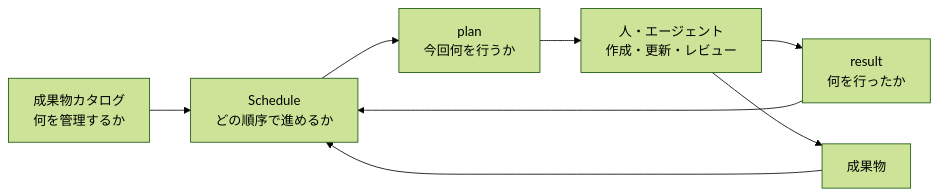
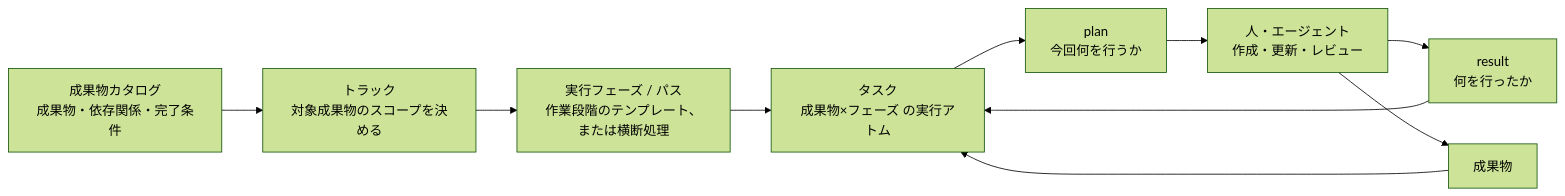
The third of 3 diagrams in docs/ja/specdojo/guides/specdojo-overview-guide.md (specdojo/specdojo), drawn with Mermaid (forest theme) before and after one commit. The commit also changed other lines of this file and 11 other files, not shown here.

````diff
--- a/docs/ja/specdojo/guides/specdojo-overview-guide.md
+++ b/docs/ja/specdojo/guides/specdojo-overview-guide.md
@@ -190,15 +185,17 @@
 ```mermaid
 flowchart LR
-  DCT["成果物カタログ<br/>何を管理するか"]
-  SCH["Schedule<br/>どの順序で進めるか"]
+  DCT["成果物カタログ<br/>成果物・依存関係・完了条件"]
+  TRACK["トラック<br/>対象成果物のスコープを決める"]
+  PHASE["実行フェーズ / パス<br/>作業段階のテンプレート、または横断処理"]
+  TASK["タスク<br/>成果物×フェーズ の実行アトム"]
   PLAN["plan<br/>今回何を行うか"]
   WORK["人・エージェント<br/>作成・更新・レビュー"]
   RESULT["result<br/>何を行ったか"]
   DEL["成果物"]
 
-  DCT --> SCH --> PLAN --> WORK
+  DCT --> TRACK --> PHASE --> TASK --> PLAN --> WORK
   WORK --> RESULT
   WORK --> DEL
-  RESULT --> SCH
-  DEL --> SCH
+  RESULT --> TASK
+  DEL --> TASK
 ```
````
